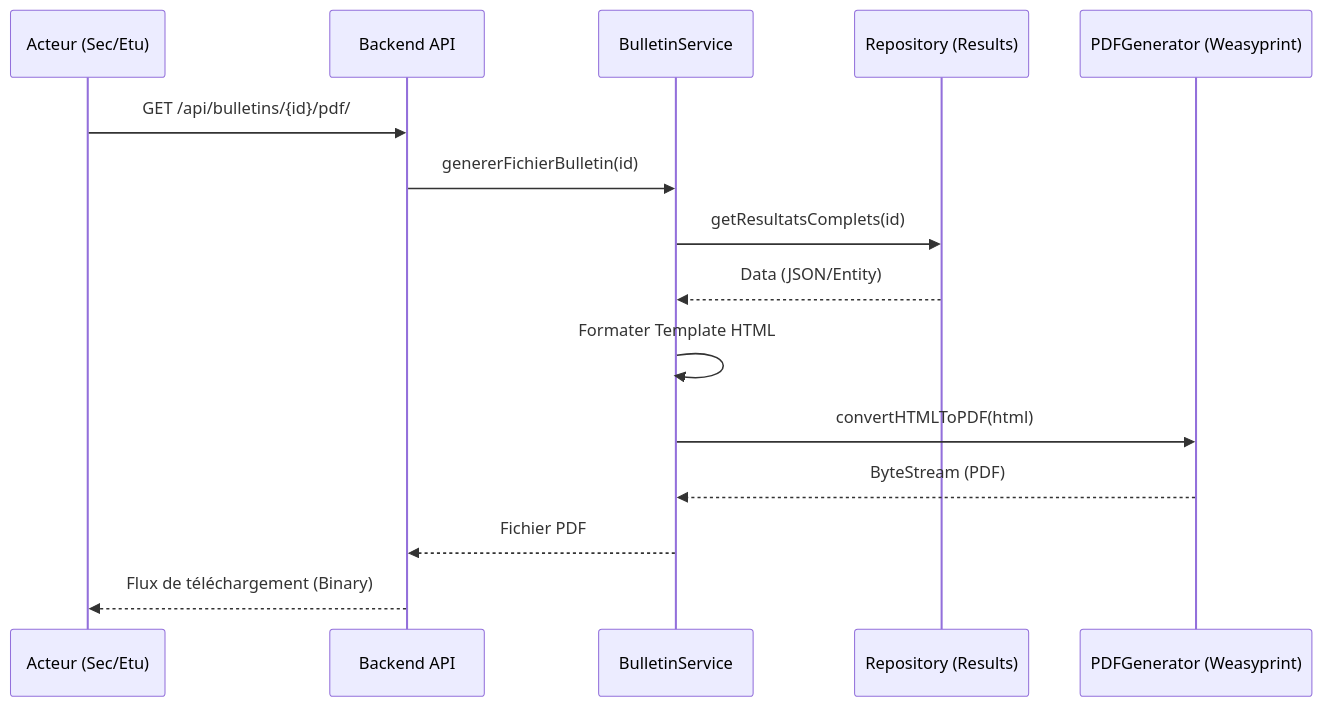
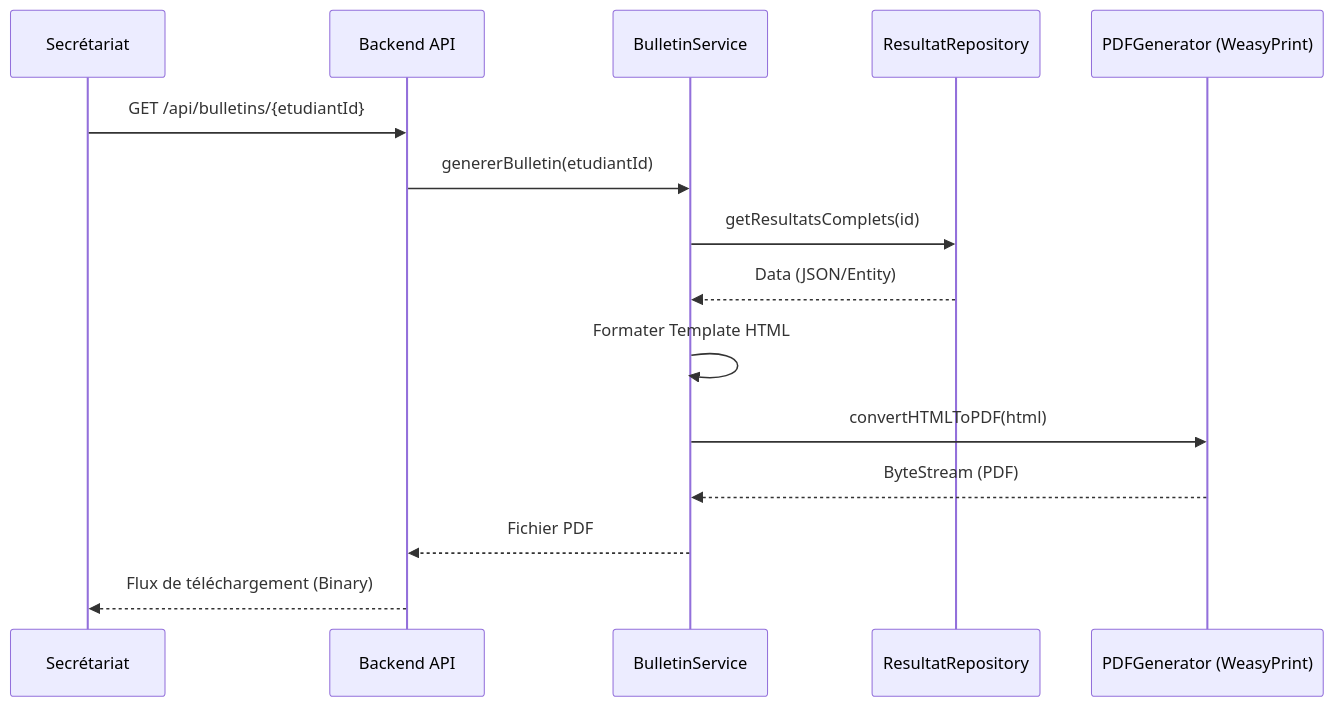
The diagram in docs/uml/seq_bulletin.md (taigerdev45/bull), drawn with Mermaid before and after one commit. The commit also changed other lines of this file and 29 other files, not shown here.

Commit message:
docs: fix mermaid diagrams for github native rendering and remove redundant puml files

````diff
--- a/docs/uml/seq_bulletin.md
+++ b/docs/uml/seq_bulletin.md
@@ -5,20 +5,20 @@
 ```mermaid
 sequenceDiagram
-    participant S as Acteur (Sec/Etu)
+    participant S as Secrétariat
     participant B as Backend API
     participant SVC as BulletinService
-    participant REP as Repository (Results)
-    participant GEN as PDFGenerator (Weasyprint)
+    participant REP as ResultatRepository
+    participant GEN as PDFGenerator (WeasyPrint)
 
-    S->>B: GET /api/bulletins/{id}/pdf/
-    B->>SVC: genererFichierBulletin(id)
+    S->>B: GET /api/bulletins/{etudiantId}
+    B->>SVC: genererBulletin(etudiantId)
     SVC->>REP: getResultatsComplets(id)
     REP-->>SVC: Data (JSON/Entity)
     
     SVC->>SVC: Formater Template HTML
     SVC->>GEN: convertHTMLToPDF(html)
     GEN-->>SVC: ByteStream (PDF)
     
     SVC-->>B: Fichier PDF
     B-->>S: Flux de téléchargement (Binary)
 ```
````
